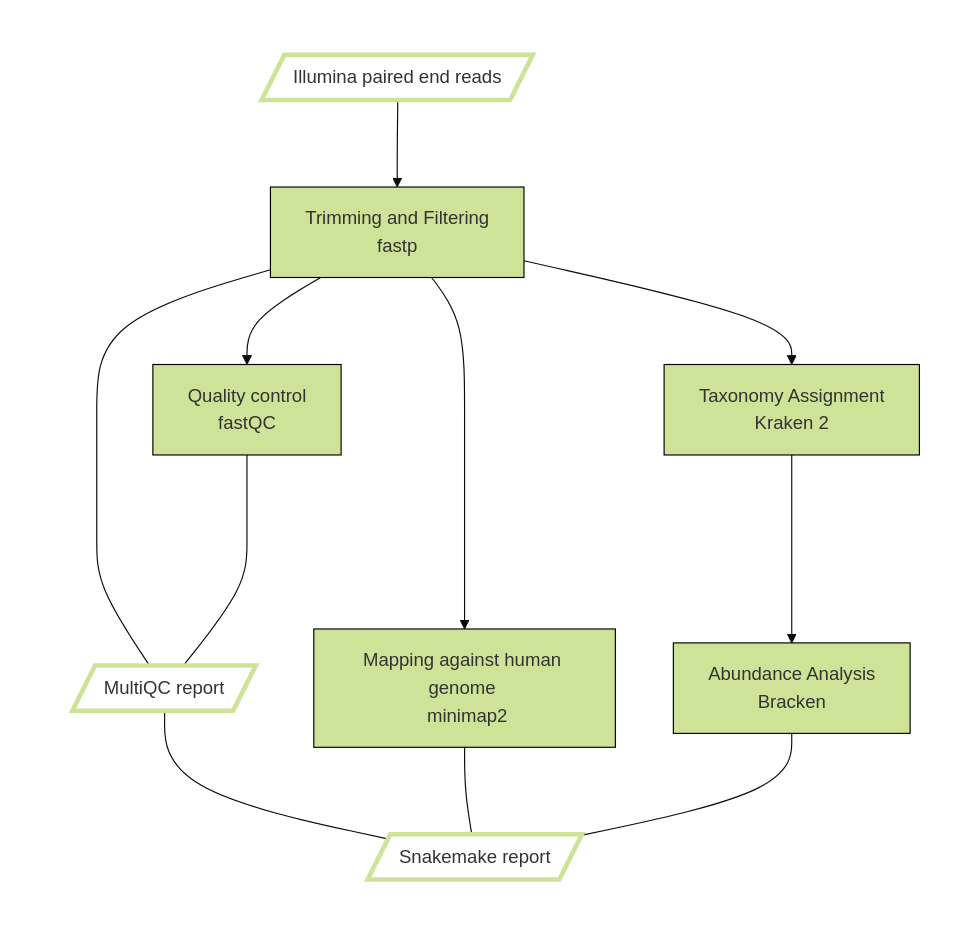
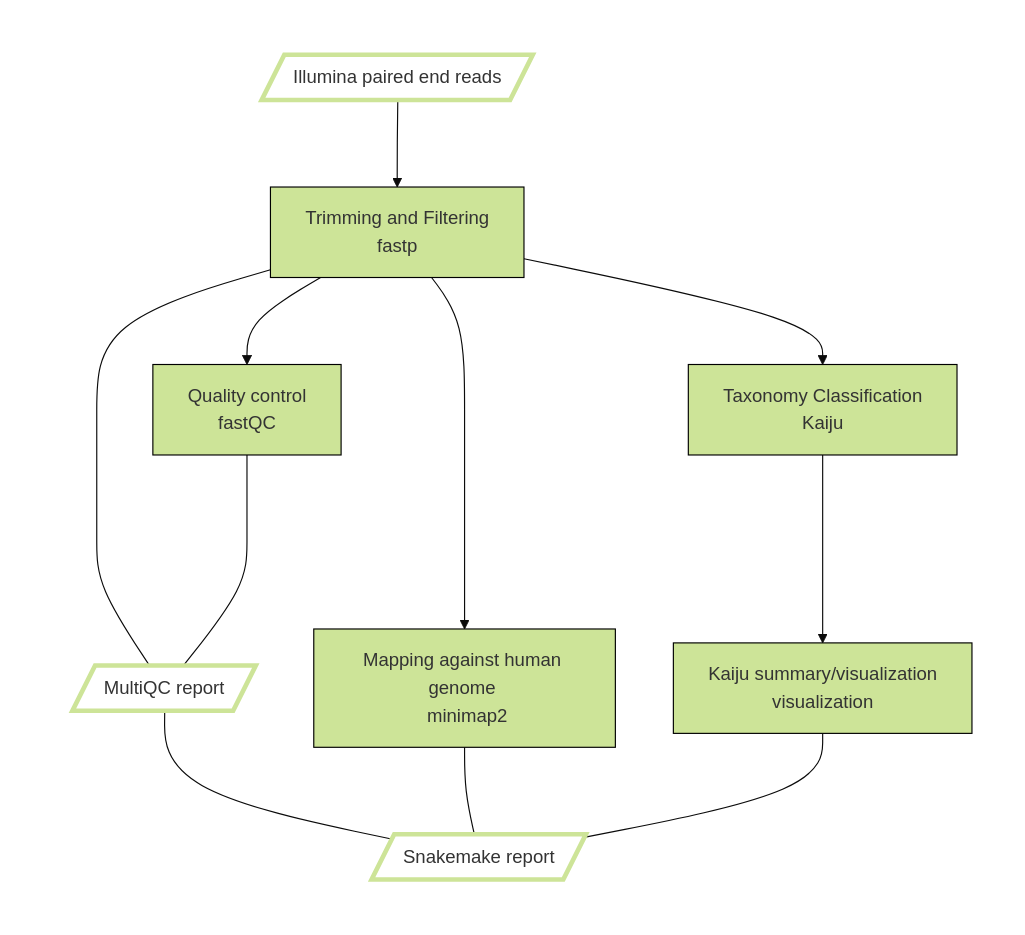
Before and after one commit to IKIM-Essen/QC_pre_NextSeq: the diagram in README.md, drawn with Mermaid. The commit also changed other lines of this file and 13 other files, not shown here.

````diff
--- a/README.md
+++ b/README.md
@@ -91,47 +91,47 @@
 ```mermaid
 %%{init: {
    'theme':'base',
    'themeVariables': {
       'secondaryColor': '#fff',
       'tertiaryColor': '#fff',
       'tertiaryBorderColor' : '#fff'}
    }}%%
 
 flowchart TB;
 
    subgraph " "
       direction TB
 
       %% Nodes
       A[/Illumina paired end reads/]
       B["Trimming and Filtering <br> fastp"]
       C["Quality control <br> fastQC"]
       D[/MultiQC report/]
-      E["Taxonomy Assignment <br> Kraken 2"]
-      F["Abundance Analysis <br> Bracken"]
+      E["Taxonomy Classification <br> Kaiju"]
+      F["Kaiju summary/visualization <br> visualization"]
       G["Mapping against human genome <br> minimap2"]
       H[/Snakemake report/]
       
 
       %% input & output node design
       classDef in_output fill:#fff,stroke:#cde498,stroke-width:4px
       class A,D,H in_output
       %% rule node design
       classDef rule fill:#cde498,stroke:#000
       class B,C,E,F,G rule
 
       %% Node links
       A --> B
       B --> C
       B ---- D
       C ---- D
       B --> E
       E ---> F
       B --> G
       D --- H
       G --- H
       F --- H
 
    end
 
 ```
````
